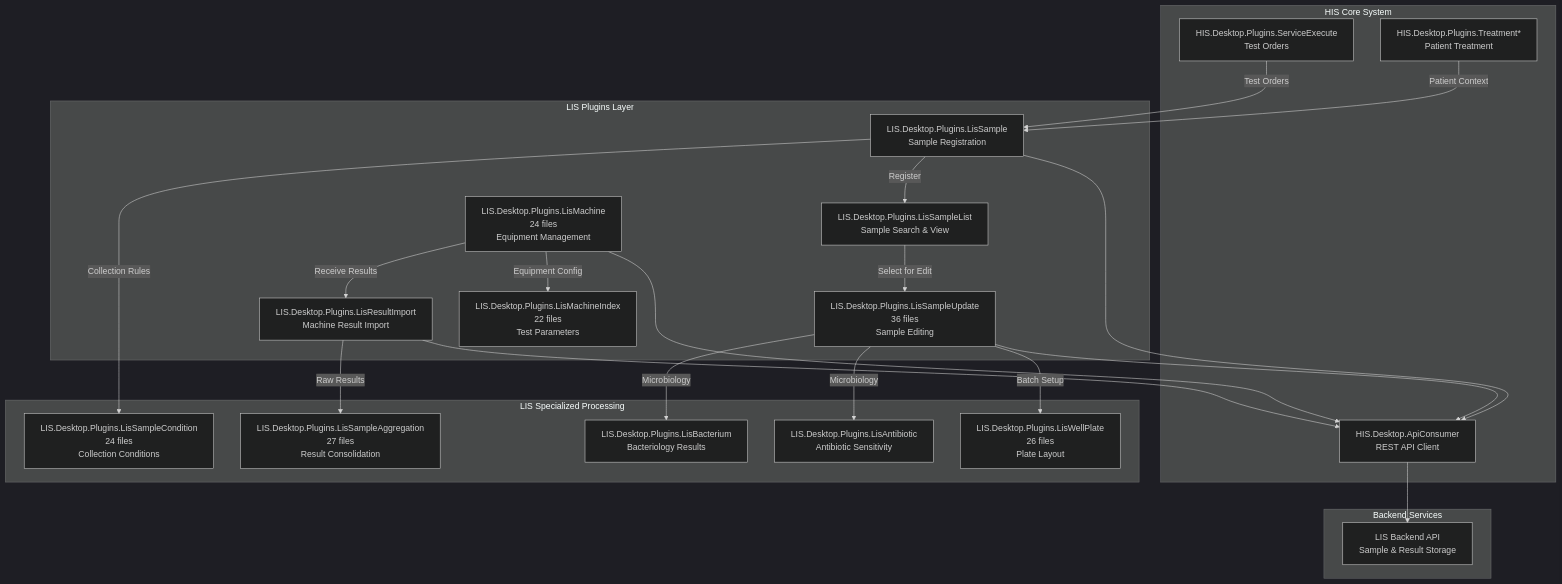
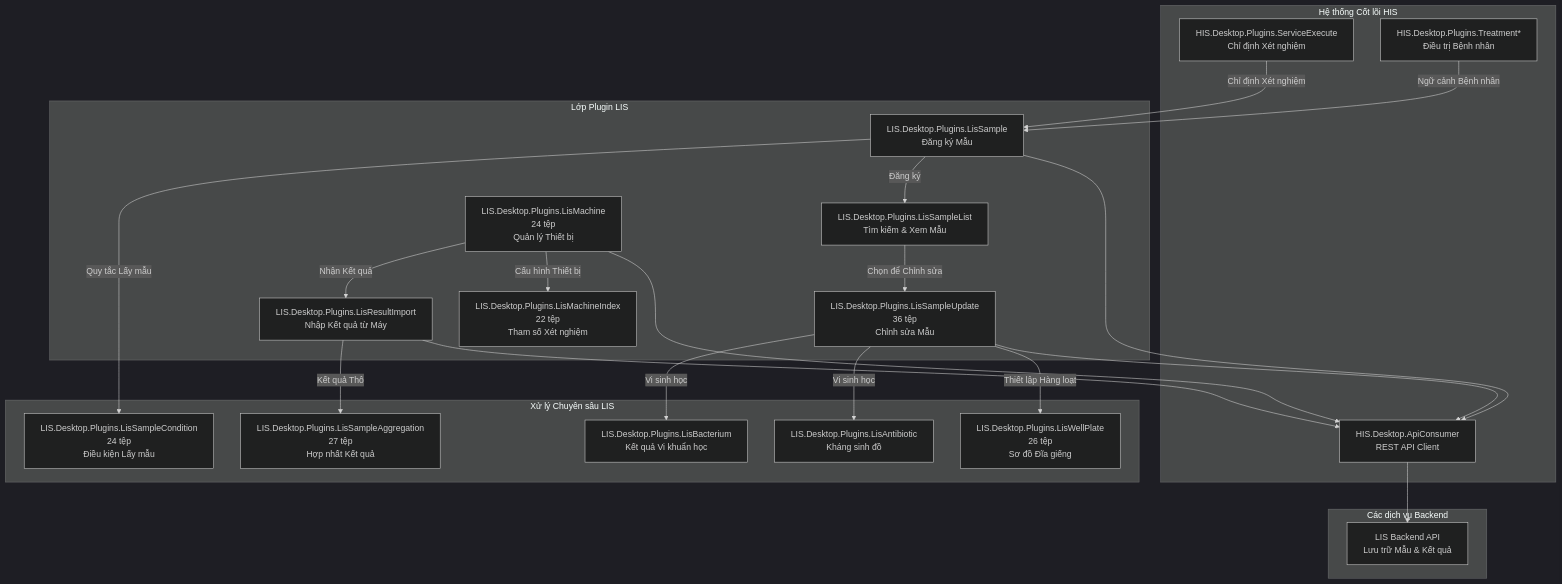
The first of 9 diagrams in docs/his-ba-documentation/03-business-domains/laboratory/lis-plugins.md (thangpnb/HIS), drawn with Mermaid (dark theme) before and after one commit. The commit also changed other lines of this file and 30 other files, not shown here.

Commit message:
Refactor architecture docs and update translations

````diff
--- a/docs/his-ba-documentation/03-business-domains/laboratory/lis-plugins.md
+++ b/docs/his-ba-documentation/03-business-domains/laboratory/lis-plugins.md
@@ -38,51 +38,51 @@
 ```mermaid
 graph TB
-    subgraph "HIS Core System"
-        ServiceExecute["HIS.Desktop.Plugins.ServiceExecute<br/>Test Orders"]
-        Treatment["HIS.Desktop.Plugins.Treatment*<br/>Patient Treatment"]
+    subgraph "Hệ thống Cốt lõi HIS"
+        ServiceExecute["HIS.Desktop.Plugins.ServiceExecute<br/>Chỉ định Xét nghiệm"]
+        Treatment["HIS.Desktop.Plugins.Treatment*<br/>Điều trị Bệnh nhân"]
         ApiConsumer["HIS.Desktop.ApiConsumer<br/>REST API Client"]
     end
     
-    subgraph "LIS Plugins Layer"
-        LisSample["LIS.Desktop.Plugins.LisSample<br/>Sample Registration"]
-        LisSampleList["LIS.Desktop.Plugins.LisSampleList<br/>Sample Search & View"]
-        LisSampleUpdate["LIS.Desktop.Plugins.LisSampleUpdate<br/>36 files<br/>Sample Editing"]
-        LisMachine["LIS.Desktop.Plugins.LisMachine<br/>24 files<br/>Equipment Management"]
-        LisMachineIndex["LIS.Desktop.Plugins.LisMachineIndex<br/>22 files<br/>Test Parameters"]
-        LisResultImport["LIS.Desktop.Plugins.LisResultImport<br/>Machine Result Import"]
+    subgraph "Lớp Plugin LIS"
+        LisSample["LIS.Desktop.Plugins.LisSample<br/>Đăng ký Mẫu"]
+        LisSampleList["LIS.Desktop.Plugins.LisSampleList<br/>Tìm kiếm & Xem Mẫu"]
+        LisSampleUpdate["LIS.Desktop.Plugins.LisSampleUpdate<br/>36 tệp<br/>Chỉnh sửa Mẫu"]
+        LisMachine["LIS.Desktop.Plugins.LisMachine<br/>24 tệp<br/>Quản lý Thiết bị"]
+        LisMachineIndex["LIS.Desktop.Plugins.LisMachineIndex<br/>22 tệp<br/>Tham số Xét nghiệm"]
+        LisResultImport["LIS.Desktop.Plugins.LisResultImport<br/>Nhập Kết quả từ Máy"]
     end
     
-    subgraph "LIS Specialized Processing"
-        LisWellPlate["LIS.Desktop.Plugins.LisWellPlate<br/>26 files<br/>Plate Layout"]
-        LisSampleAggregation["LIS.Desktop.Plugins.LisSampleAggregation<br/>27 files<br/>Result Consolidation"]
-        LisAntibiotic["LIS.Desktop.Plugins.LisAntibiotic<br/>Antibiotic Sensitivity"]
-        LisBacterium["LIS.Desktop.Plugins.LisBacterium<br/>Bacteriology Results"]
-        LisSampleCondition["LIS.Desktop.Plugins.LisSampleCondition<br/>24 files<br/>Collection Conditions"]
+    subgraph "Xử lý Chuyên sâu LIS"
+        LisWellPlate["LIS.Desktop.Plugins.LisWellPlate<br/>26 tệp<br/>Sơ đồ Đĩa giếng"]
+        LisSampleAggregation["LIS.Desktop.Plugins.LisSampleAggregation<br/>27 tệp<br/>Hợp nhất Kết quả"]
+        LisAntibiotic["LIS.Desktop.Plugins.LisAntibiotic<br/>Kháng sinh đồ"]
+        LisBacterium["LIS.Desktop.Plugins.LisBacterium<br/>Kết quả Vi khuẩn học"]
+        LisSampleCondition["LIS.Desktop.Plugins.LisSampleCondition<br/>24 tệp<br/>Điều kiện Lấy mẫu"]
     end
     
-    subgraph "Backend Services"
-        LisAPI["LIS Backend API<br/>Sample & Result Storage"]
+    subgraph "Các dịch vụ Backend"
+        LisAPI["LIS Backend API<br/>Lưu trữ Mẫu & Kết quả"]
     end
     
-    ServiceExecute -->|"Test Orders"| LisSample
-    Treatment -->|"Patient Context"| LisSample
+    ServiceExecute -->|"Chỉ định Xét nghiệm"| LisSample
+    Treatment -->|"Ngữ cảnh Bệnh nhân"| LisSample
     
     LisSample --> ApiConsumer
     LisSampleUpdate --> ApiConsumer
     LisMachine --> ApiConsumer
     LisResultImport --> ApiConsumer
     
     ApiConsumer --> LisAPI
     
-    LisSample -->|"Register"| LisSampleList
-    LisSampleList -->|"Select for Edit"| LisSampleUpdate
+    LisSample -->|"Đăng ký"| LisSampleList
+    LisSampleList -->|"Chọn để Chỉnh sửa"| LisSampleUpdate
     
-    LisMachine -->|"Equipment Config"| LisMachineIndex
-    LisMachine -->|"Receive Results"| LisResultImport
-    LisResultImport -->|"Raw Results"| LisSampleAggregation
+    LisMachine -->|"Cấu hình Thiết bị"| LisMachineIndex
+    LisMachine -->|"Nhận Kết quả"| LisResultImport
+    LisResultImport -->|"Kết quả Thô"| LisSampleAggregation
     
-    LisSampleUpdate -->|"Batch Setup"| LisWellPlate
-    LisSampleUpdate -->|"Microbiology"| LisAntibiotic
-    LisSampleUpdate -->|"Microbiology"| LisBacterium
-    LisSample -->|"Collection Rules"| LisSampleCondition
+    LisSampleUpdate -->|"Thiết lập Hàng loạt"| LisWellPlate
+    LisSampleUpdate -->|"Vi sinh học"| LisAntibiotic
+    LisSampleUpdate -->|"Vi sinh học"| LisBacterium
+    LisSample -->|"Quy tắc Lấy mẫu"| LisSampleCondition
 ```
````
